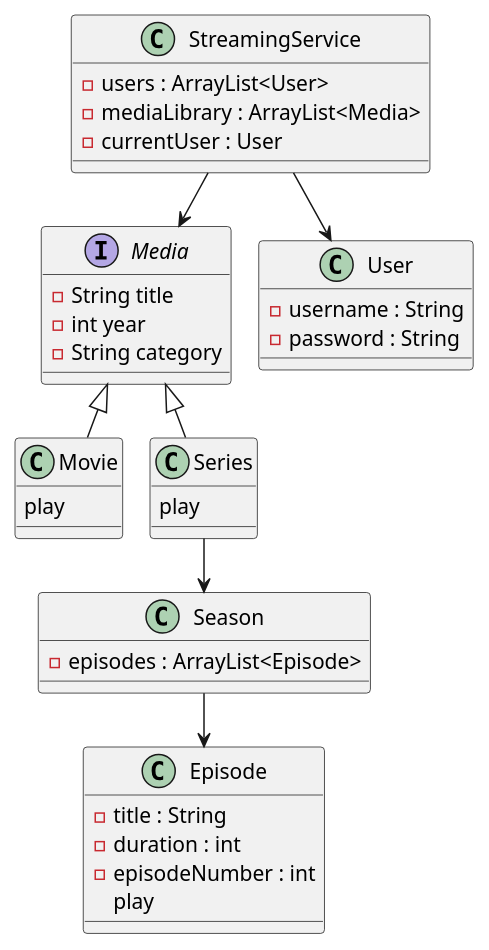
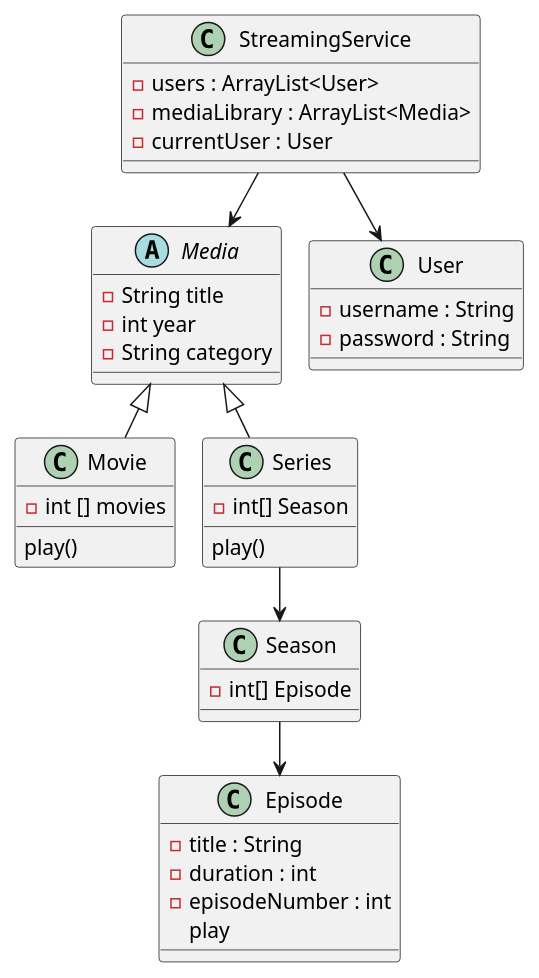
Before and after one commit to Britzgrank1/SP3: the diagram in doc/Classdiagram.puml, drawn with PlantUML. The commit also changed 17 other files, not shown here.

```diff
--- a/doc/Classdiagram.puml
+++ b/doc/Classdiagram.puml
@@ -1,54 +1,56 @@
 @startuml
 !pragma layout smetana
 
 class StreamingService {
     - users : ArrayList<User>
     - mediaLibrary : ArrayList<Media>
     - currentUser : User
 }
 
-Interface Media {
+abstract Media {
     - String title
     - int year
     - String category
 }
 
 class Movie {
-    play
+- int [] movies
+    play()
 }
 
 class Series {
-    play
+- int[] Season
+    play()
 }
 
 class Season {
-    - episodes : ArrayList<Episode>
+    - int[] Episode
 }
 
 class Episode {
     - title : String
     - duration : int
     - episodeNumber : int
     play
 }
 
 class User {
     - username : String
     - password : String
 }
 
 
 'Relationer'
 
 StreamingService  -->  User
 StreamingService  --> Media
 
 
 Media <|-- Movie
 Media <|-- Series
 
 Series  -->  Season
 Season  -->  Episode
 
 
 @enduml
```
